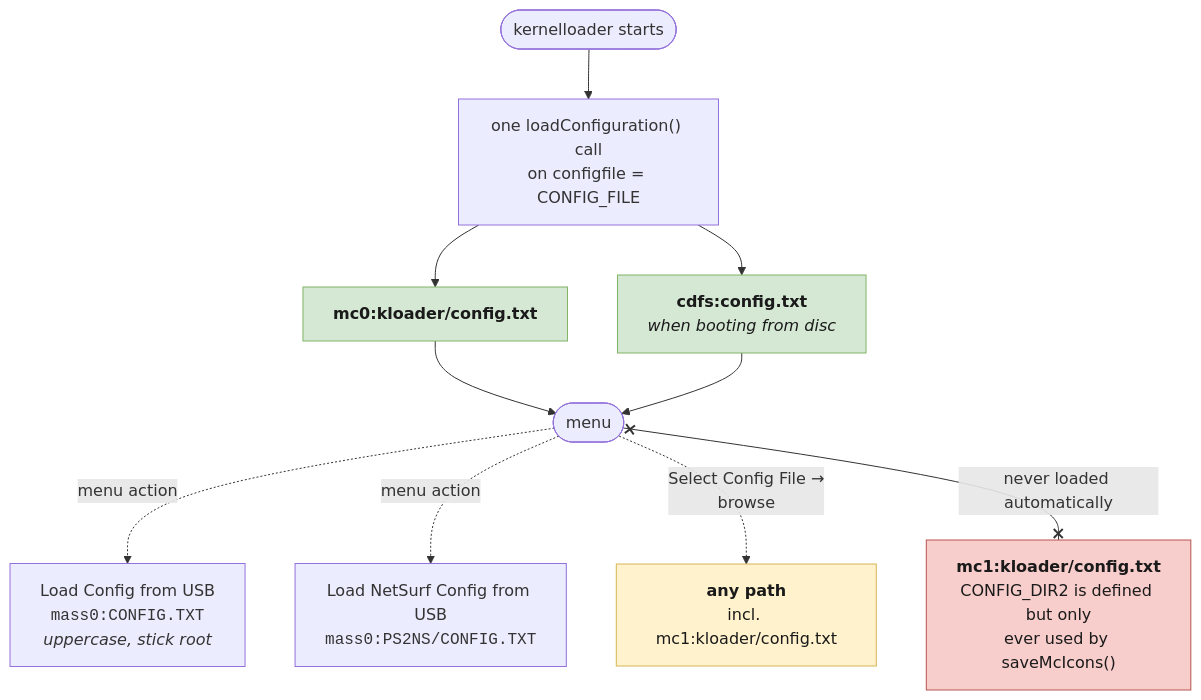
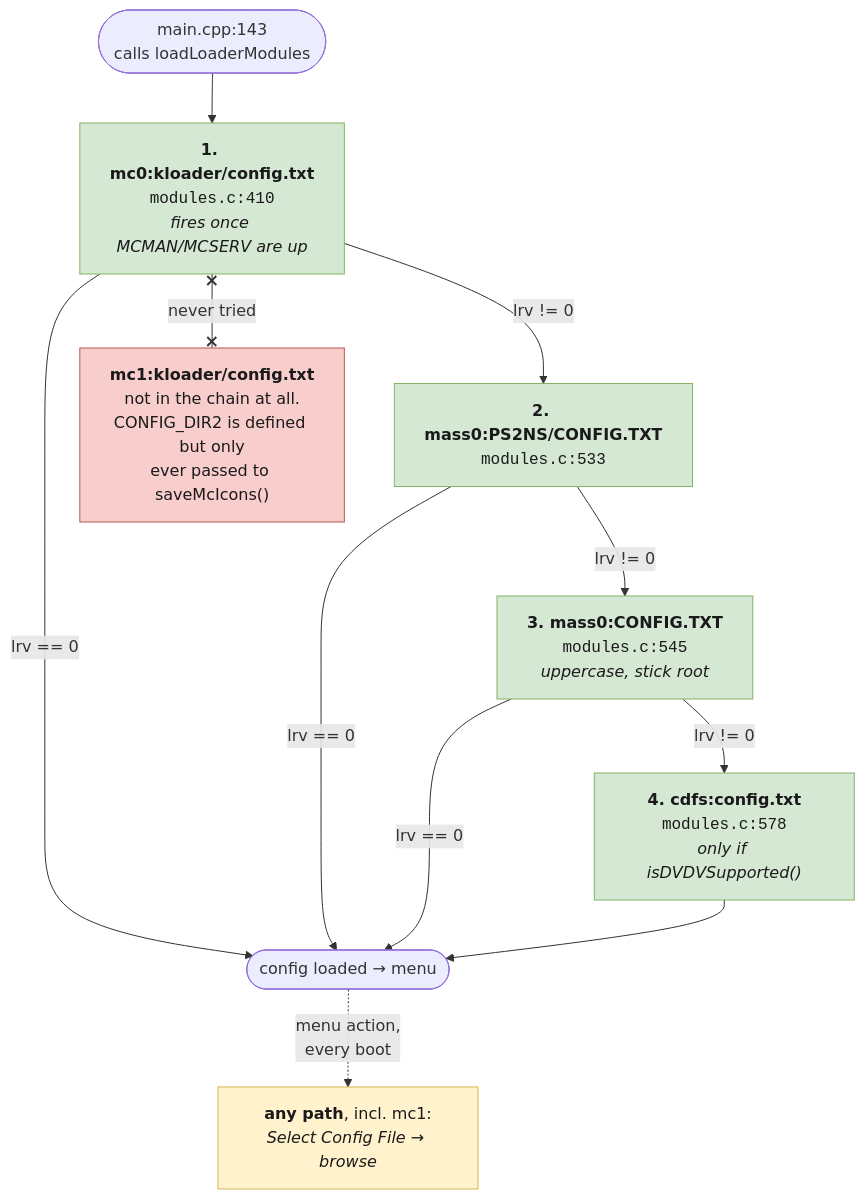
One commit to Arawn-Davies/kernelreloaded changed the second of 3 diagrams in docs/kernelloader-internals.md. Above: the diagram before and after it, drawn with Mermaid. The commit also changed other lines of this file and 11 other files, not shown here.

First line of the commit message:
Boot Linux: SBIOS handoff, intrelay, BDM stack, mc0/mc1 config search

````diff
--- a/docs/kernelloader-internals.md
+++ b/docs/kernelloader-internals.md
@@ -101,21 +113,29 @@
 ```mermaid
 flowchart TD
-    S([kernelloader starts]) --> AUTO["one loadConfiguration() call<br/>on configfile = CONFIG_FILE"]
-    AUTO --> A1["<b>mc0:kloader/config.txt</b>"]
-    AUTO --> A2["<b>cdfs:config.txt</b><br/><i>when booting from disc</i>"]
-    A1 --> UI([menu])
-    A2 --> UI
+    S(["main.cpp:143<br/>calls loadLoaderModules"])
+    A1["<b>1. mc0:kloader/config.txt</b><br/><code>modules.c:410</code><br/><i>fires once MCMAN/MCSERV are up</i>"]
+    A2["<b>2. mass0:PS2NS/CONFIG.TXT</b><br/><code>modules.c:533</code>"]
+    A3["<b>3. mass0:CONFIG.TXT</b><br/><code>modules.c:545</code><br/><i>uppercase, stick root</i>"]
+    A4["<b>4. cdfs:config.txt</b><br/><code>modules.c:578</code><br/><i>only if isDVDVSupported()</i>"]
+    OK([config loaded → menu])
+    X["<b>mc1:kloader/config.txt</b><br/>not in the chain at all.<br/>CONFIG_DIR2 is defined but only<br/>ever passed to saveMcIcons()"]
+    M3["<b>any path</b>, incl. mc1:<br/><i>Select Config File → browse</i>"]
 
-    UI -.->|menu action| M1["Load Config from USB<br/><code>mass0:CONFIG.TXT</code><br/><i>uppercase, stick root</i>"]
-    UI -.->|menu action| M2["Load NetSurf Config from USB<br/><code>mass0:PS2NS/CONFIG.TXT</code>"]
-    UI -.->|"Select Config File →<br/>browse"| M3["<b>any path</b><br/>incl. mc1:kloader/config.txt"]
-
-    X["<b>mc1:kloader/config.txt</b><br/>CONFIG_DIR2 is defined but only<br/>ever used by saveMcIcons()"]
-
-    UI x--x|"never loaded automatically"| X
+    S --> A1
+    A1 -->|"lrv == 0"| OK
+    A1 -->|"lrv != 0"| A2
+    A2 -->|"lrv == 0"| OK
+    A2 -->|"lrv != 0"| A3
+    A3 -->|"lrv == 0"| OK
+    A3 -->|"lrv != 0"| A4
+    A4 --> OK
+    A1 x--x|"never tried"| X
+    OK -.->|"menu action,<br/>every boot"| M3
 
     style A1 fill:#d5e8d4,stroke:#82b366,color:#1a1a1a
     style A2 fill:#d5e8d4,stroke:#82b366,color:#1a1a1a
+    style A3 fill:#d5e8d4,stroke:#82b366,color:#1a1a1a
+    style A4 fill:#d5e8d4,stroke:#82b366,color:#1a1a1a
     style X fill:#f8cecc,stroke:#b85450,color:#1a1a1a
     style M3 fill:#fff2cc,stroke:#d6b656,color:#1a1a1a
 ```
````
